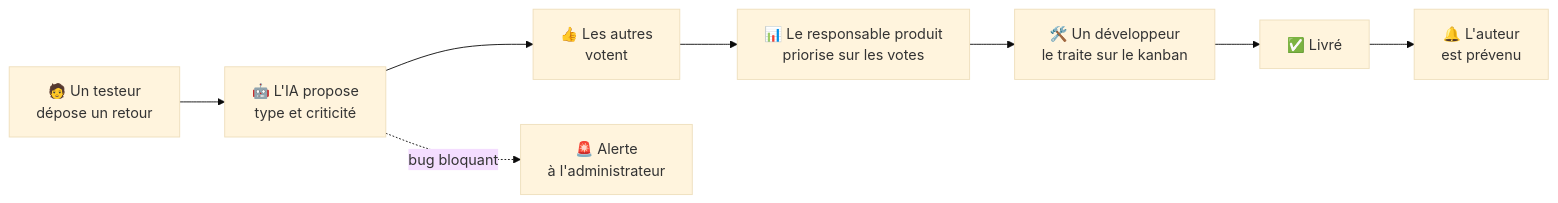
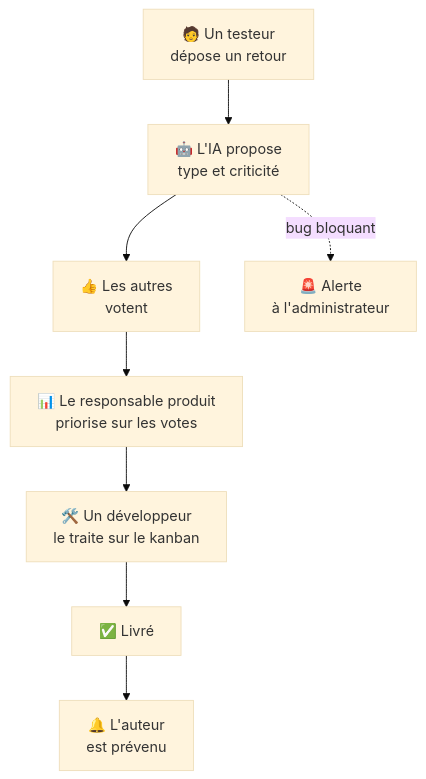
One commit to VincentG32/echo-projet changed the first of 7 diagrams in README.md. Above: the diagram before and after it, drawn with Mermaid (base theme). The commit also changed other lines of this file, not shown here.

Commit message:
Schémas parcours et versions à la verticale, plus lisibles

````diff
--- a/README.md
+++ b/README.md
@@ -63,10 +63,10 @@
 ```mermaid
-flowchart LR
+flowchart TD
     A["🧑 Un testeur<br/>dépose un retour"] --> B["🤖 L'IA propose<br/>type et criticité"]
     B --> C["👍 Les autres<br/>votent"]
     C --> D["📊 Le responsable produit<br/>priorise sur les votes"]
     D --> E["🛠️ Un développeur<br/>le traite sur le kanban"]
     E --> F["✅ Livré"]
     F --> G["🔔 L'auteur<br/>est prévenu"]
     B -. "bug bloquant" .-> H["🚨 Alerte<br/>à l'administrateur"]
 ```
````
